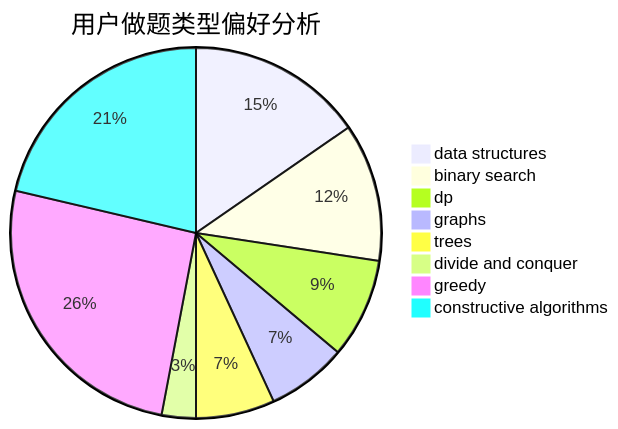
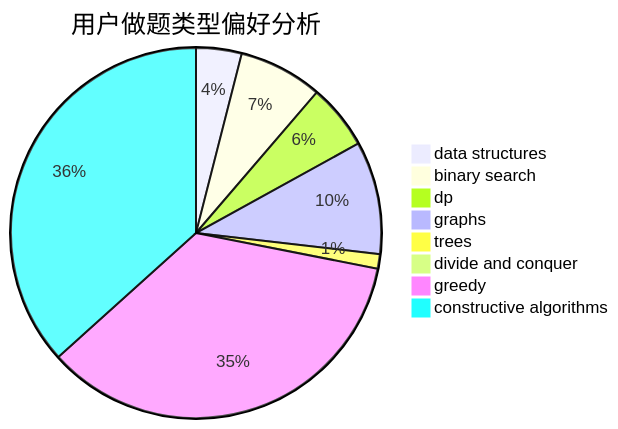
The second of 3 diagrams in docs/user/u1538.md (sherpahu/cfrs.github.io), drawn with Mermaid before and after one commit. The commit also changed other lines of this file and 2770 other files, not shown here.

````diff
--- a/docs/user/u1538.md
+++ b/docs/user/u1538.md
@@ -23,11 +23,11 @@
 ```mermaid
 pie title 用户做题类型偏好分析
-    "data structures" :  134
-    "binary search" :  105
-    "dp" :  76
-    "graphs" :  61
-    "trees" :  60
-    "divide and conquer" :  26
-    "greedy" :  224
-    "constructive algorithms" :  186
+    "data structures" :  44
+    "binary search" :  81
+    "dp" :  63
+    "graphs" :  109
+    "trees" :  14
+    "divide and conquer" :  6
+    "greedy" :  390
+    "constructive algorithms" :  406
 ```
````
